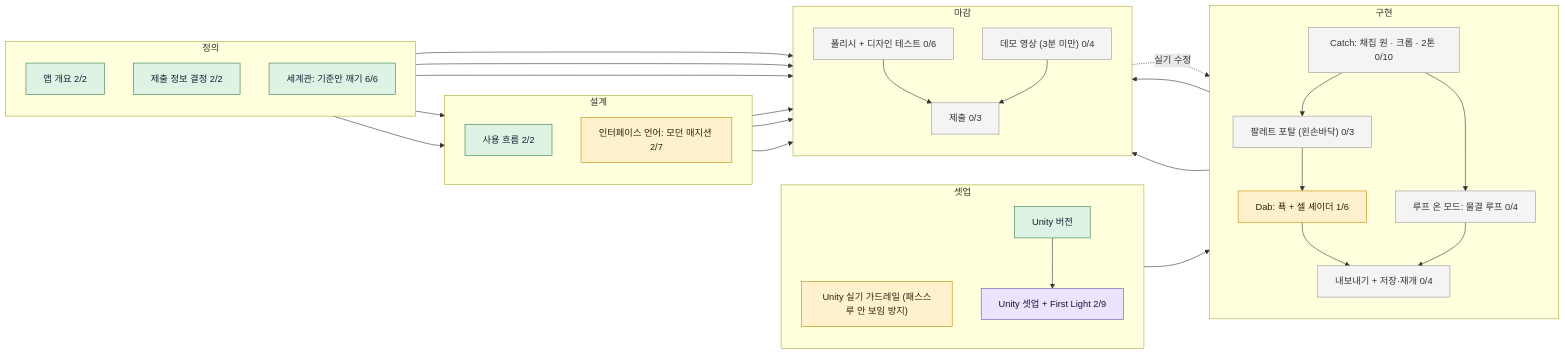
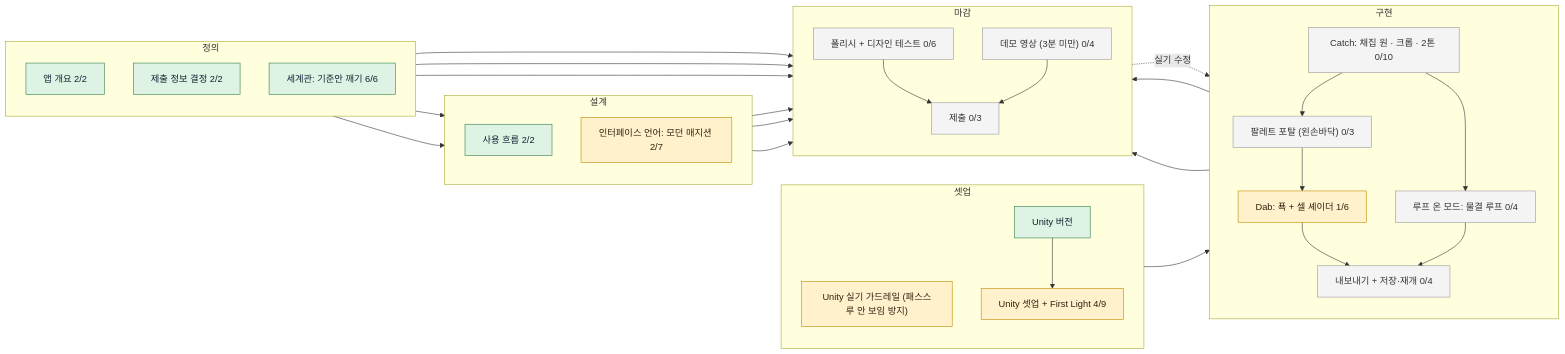
The diagram in board/BOARD.md (reality404studio/meta-mr-picker), drawn with Mermaid before and after one commit. The commit also changed other lines of this file and 12 other files, not shown here.

Commit message:
씬 셋업: FirstLight 씬 (패스스루 + 카메라 접근 + 손 추적), 매니페스트 권한

````diff
--- a/board/BOARD.md
+++ b/board/BOARD.md
@@ -19,59 +19,59 @@
 ```mermaid
 flowchart LR
   subgraph s_define["정의"]
     direction TB
     brief["앱 개요 2/2"]:::done
     submit_meta["제출 정보 결정 2/2"]:::done
     world["세계관: 기준안 깨기 6/6"]:::done
   end
   subgraph s_design["설계"]
     direction TB
     usage_flow["사용 흐름 2/2"]:::done
     interface["인터페이스 언어: 모던 매지션 2/7"]:::doing
   end
   subgraph s_prototype["셋업"]
     direction TB
     use_unity_guardrails["Unity 실기 가드레일 (패스스루 안 보임 방지)"]:::doing
     use_unity_version["Unity 버전"]:::done
-    setup["Unity 셋업 + First Light 2/9"]:::review
+    setup["Unity 셋업 + First Light 4/9"]:::doing
   end
   subgraph s_build["구현"]
     direction TB
     catch["Catch: 채집 원 · 크롭 · 2톤 0/10"]:::todo
     loop["루프 온 모드: 물결 루프 0/4"]:::todo
     portal["팔레트 포탈 (왼손바닥) 0/3"]:::todo
     dab["Dab: 푝 + 셀 셰이더 1/6"]:::doing
     export["내보내기 + 저장·재개 0/4"]:::todo
   end
   subgraph s_review["마감"]
     direction TB
     polish["폴리시 + 디자인 테스트 0/6"]:::todo
     demo_video["데모 영상 (3분 미만) 0/4"]:::todo
     submit["제출 0/3"]:::todo
   end
   brief --> usage_flow
   use_unity_version --> setup
   setup --> catch
   catch --> loop
   catch --> portal
   portal --> dab
   dab --> export
   loop --> export
   export --> polish
   usage_flow --> polish
   catch --> demo_video
   polish --> submit
   demo_video --> submit
   submit_meta --> submit
   polish -.->|실기 수정| dab
   world --> demo_video
   world --> polish
   world --> interface
   interface --> polish
   interface --> demo_video
   classDef done fill:#dff3e4,stroke:#2e7d4f,color:#123
   classDef doing fill:#fff1cc,stroke:#c28a00,color:#321
   classDef review fill:#ece4ff,stroke:#6a4fc2,color:#213
   classDef todo fill:#f4f4f4,stroke:#999,color:#333
   classDef blocked fill:#ffdede,stroke:#c22,color:#311
 ```
````
